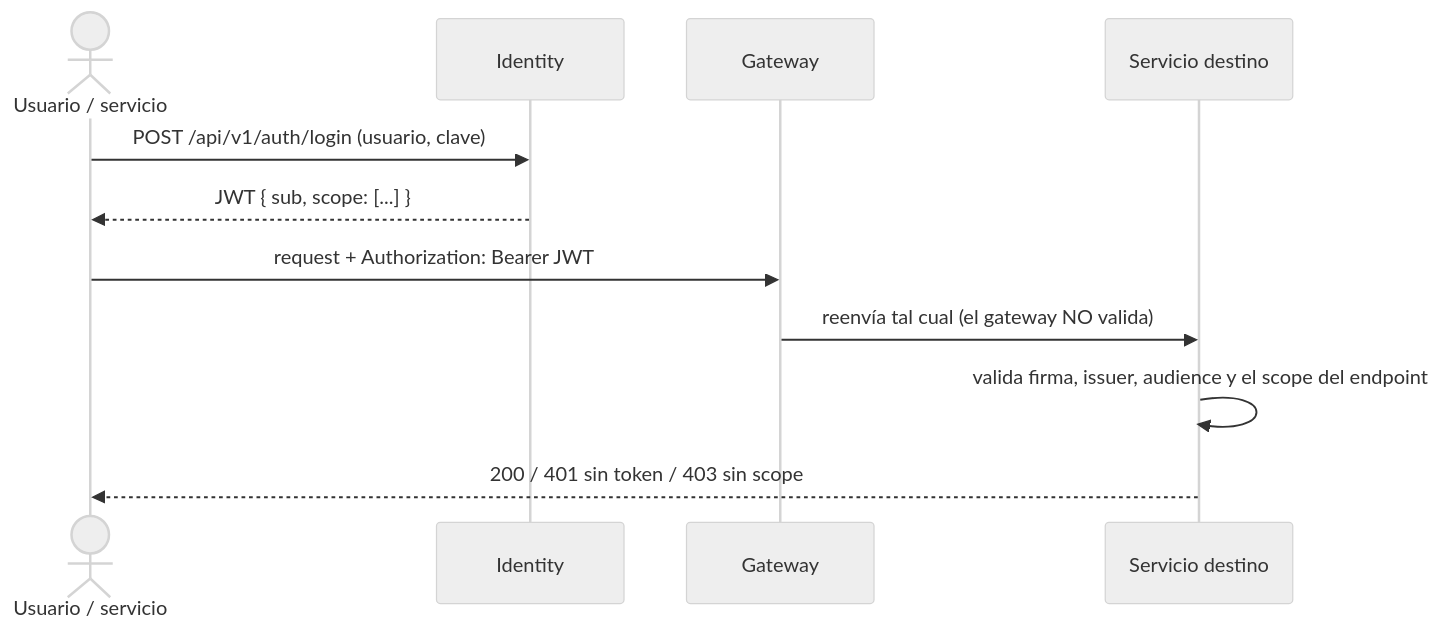
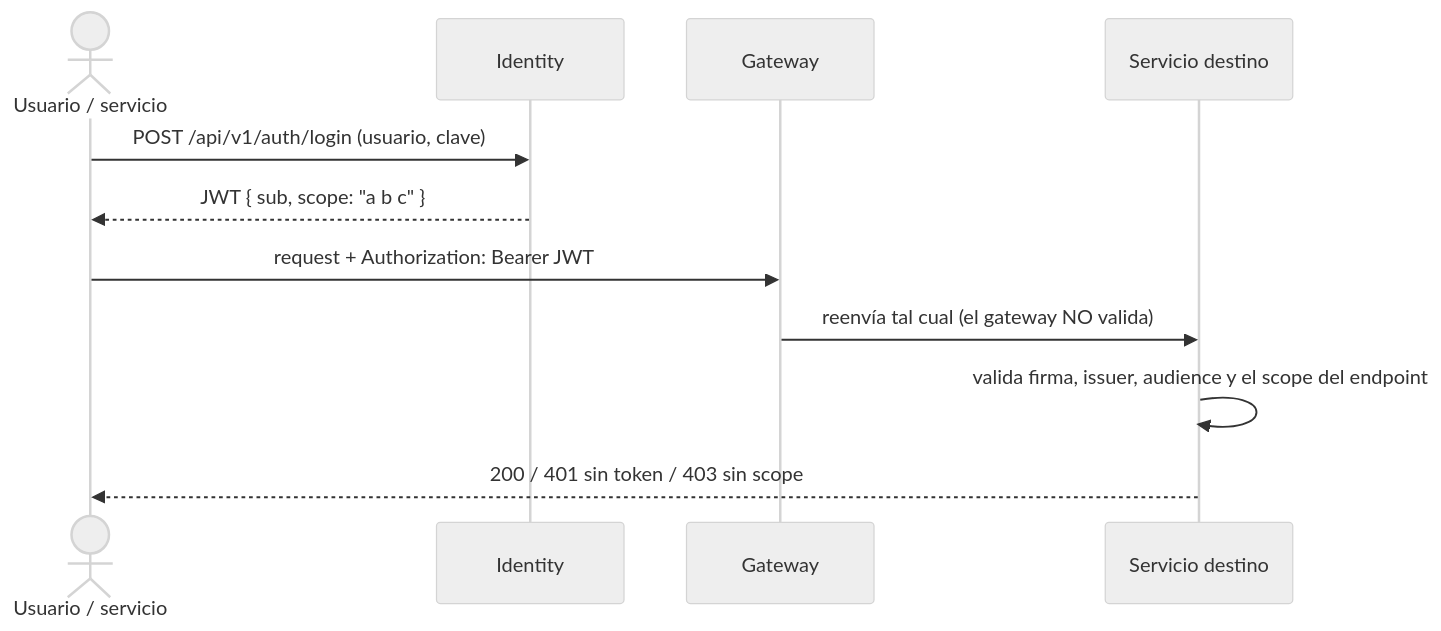
The diagram in platform/security.md (Nur-tricenter/knowledge), drawn with Mermaid (neutral theme) before and after one commit. The commit also changed other lines of this file and 11 other files, not shown here.

````diff
--- a/platform/security.md
+++ b/platform/security.md
@@ -4,13 +4,13 @@
 ```mermaid
 sequenceDiagram
   actor U as Usuario / servicio
   participant ID as Identity
   participant GW as Gateway
   participant S as Servicio destino
   U->>ID: POST /api/v1/auth/login (usuario, clave)
-  ID-->>U: JWT { sub, scope: [...] }
+  ID-->>U: JWT { sub, scope: "a b c" }
   U->>GW: request + Authorization: Bearer JWT
   GW->>S: reenvía tal cual (el gateway NO valida)
   S->>S: valida firma, issuer, audience y el scope del endpoint
   S-->>U: 200 / 401 sin token / 403 sin scope
 ```
````
